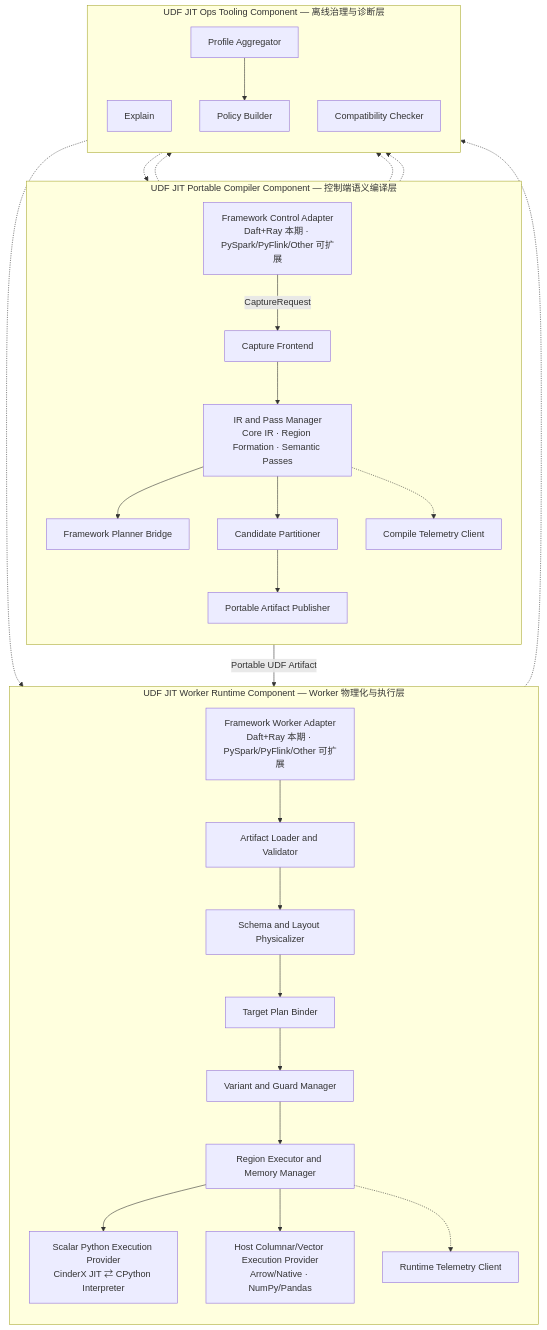
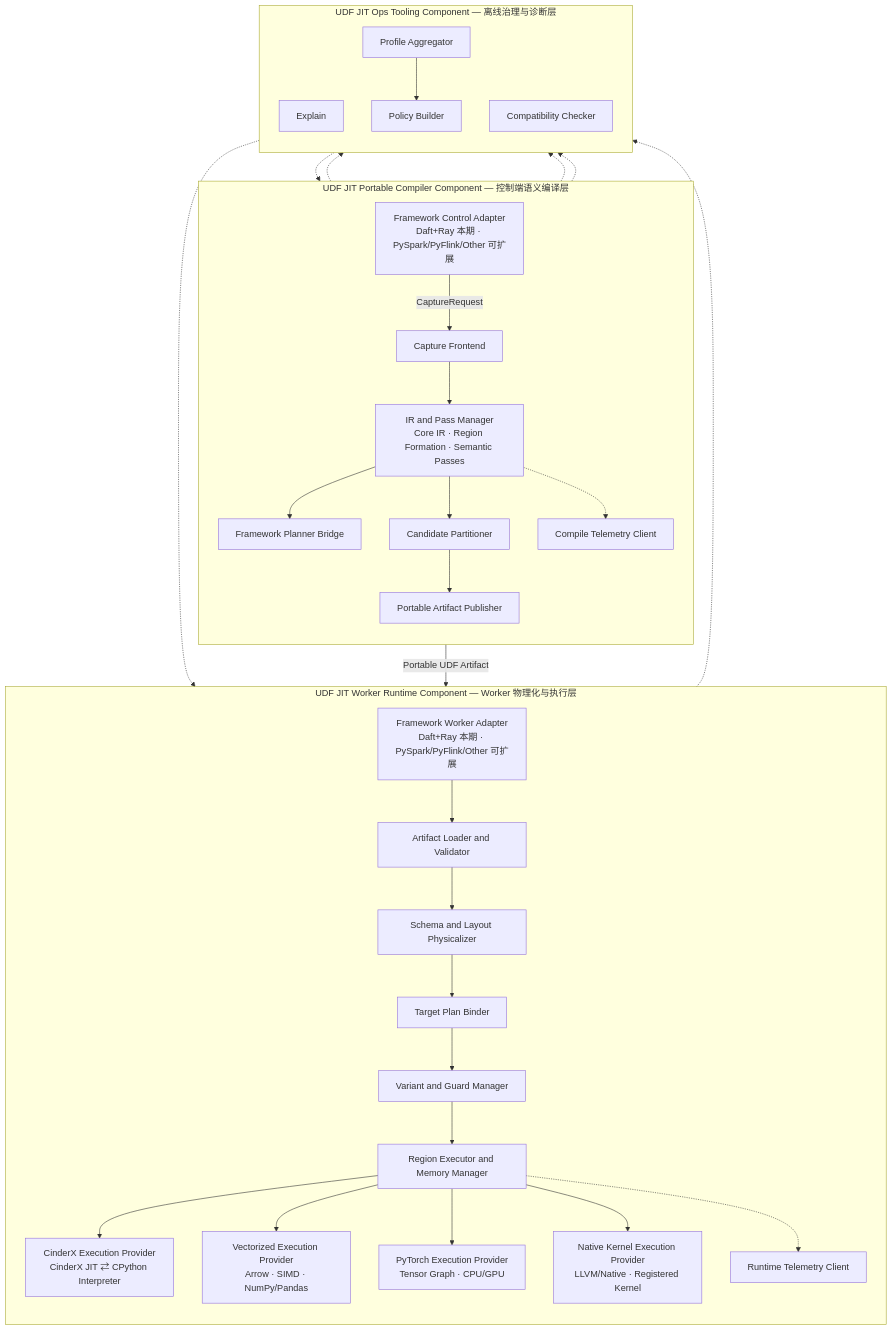
Before and after one commit to 213start/python-udf-jit: the first of 17 diagrams in docs/design/2026-07-13-python-udf-jit-architecture.md, drawn with Mermaid. The commit also changed other lines of this file and 1 other file, not shown here.

First line of the commit message:
docs(architecture): define multi-provider ownership boundaries

````diff
--- a/docs/design/2026-07-13-python-udf-jit-architecture.md
+++ b/docs/design/2026-07-13-python-udf-jit-architecture.md
@@ -153,57 +156,61 @@
 ```mermaid
 flowchart TB
     subgraph COMPILER["UDF JIT Portable Compiler Component — 控制端语义编译层"]
         direction TB
             CONTROL["Framework Control Adapter<br/>Daft+Ray 本期 · PySpark/PyFlink/Other 可扩展"]
             CAPTURE["Capture Frontend"]
             IR["IR and Pass Manager<br/>Core IR · Region Formation · Semantic Passes"]
             BRIDGE["Framework Planner Bridge"]
             CANDIDATE["Candidate Partitioner"]
             PUBLISH["Portable Artifact Publisher"]
             DTELEMETRY["Compile Telemetry Client"]
             CONTROL -->|"CaptureRequest"| CAPTURE
             CAPTURE --> IR
             IR --> BRIDGE
             IR --> CANDIDATE
             CANDIDATE --> PUBLISH
             IR -.-> DTELEMETRY
     end
 
     subgraph RUNTIME["UDF JIT Worker Runtime Component — Worker 物理化与执行层"]
         direction TB
             WORKER["Framework Worker Adapter<br/>Daft+Ray 本期 · PySpark/PyFlink/Other 可扩展"]
             LOADER["Artifact Loader and Validator"]
             PHYSICALIZER["Schema and Layout Physicalizer"]
             BINDER["Target Plan Binder"]
             VARIANT["Variant and Guard Manager"]
             EXECUTOR["Region Executor and Memory Manager"]
-            SCALAR["Scalar Python Execution Provider<br/>CinderX JIT ⇄ CPython Interpreter"]
-            COLUMNAR["Host Columnar/Vector Execution Provider<br/>Arrow/Native · NumPy/Pandas"]
+            SCALAR["CinderX Execution Provider<br/>CinderX JIT ⇄ CPython Interpreter"]
+            COLUMNAR["Vectorized Execution Provider<br/>Arrow · SIMD · NumPy/Pandas"]
+            TORCH["PyTorch Execution Provider<br/>Tensor Graph · CPU/GPU"]
+            NATIVE["Native Kernel Execution Provider<br/>LLVM/Native · Registered Kernel"]
             ATELEMETRY["Runtime Telemetry Client"]
             WORKER --> LOADER
             LOADER --> PHYSICALIZER
             PHYSICALIZER --> BINDER
             BINDER --> VARIANT
             VARIANT --> EXECUTOR
             EXECUTOR --> SCALAR
             EXECUTOR --> COLUMNAR
+            EXECUTOR --> TORCH
+            EXECUTOR --> NATIVE
             EXECUTOR -.-> ATELEMETRY
     end
 
     subgraph OPS["UDF JIT Ops Tooling Component — 离线治理与诊断层"]
         direction TB
             EXPLAIN["Explain"]
             COMPAT["Compatibility Checker"]
             PROFILE["Profile Aggregator"]
             POLICY["Policy Builder"]
             PROFILE --> POLICY
     end
 
     PUBLISH -->|"Portable UDF Artifact"| LOADER
     PUBLISH -.-> EXPLAIN
     PUBLISH -.-> COMPAT
     DTELEMETRY -.-> PROFILE
     ATELEMETRY -.-> PROFILE
     POLICY -.-> CONTROL
     POLICY -.-> VARIANT
 ```
````
